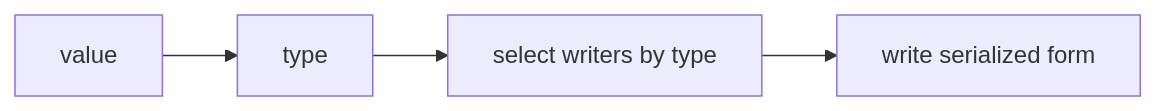
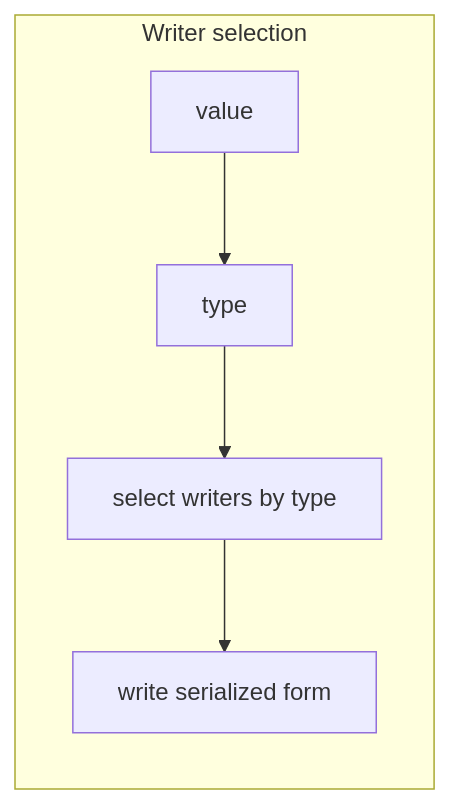
One commit to Gh0st352/AETHR changed the second of 4 diagrams in docs/io/writers_and_refcount.md. Above: the diagram before and after it, drawn with Mermaid. The commit also changed other lines of this file and 5 other files, not shown here.

First line of the commit message:
docs(io): restructure Mermaid diagrams, add subgraphs & classes

````diff
--- a/docs/io/writers_and_refcount.md
+++ b/docs/io/writers_and_refcount.md
@@ -32,6 +40,12 @@
 ```mermaid
+%% shared theme: docs/_mermaid/theme.json %%
 flowchart LR
-  ITEM[value] --> TYPE[type]
-  TYPE --> DISPATCH[select writers by type]
-  DISPATCH --> EMIT[write serialized form]
+  subgraph "Writer selection"
+    ITEM[value] --> TYPE[type]
+    TYPE --> DISPATCH[select writers by type]
+    DISPATCH --> EMIT[write serialized form]
+  end
+
+  class ITEM class_data;
+  class TYPE,DISPATCH,EMIT class_step;
 ```
````
